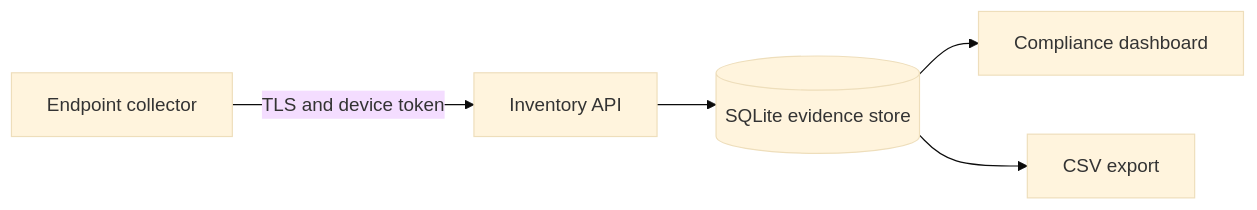
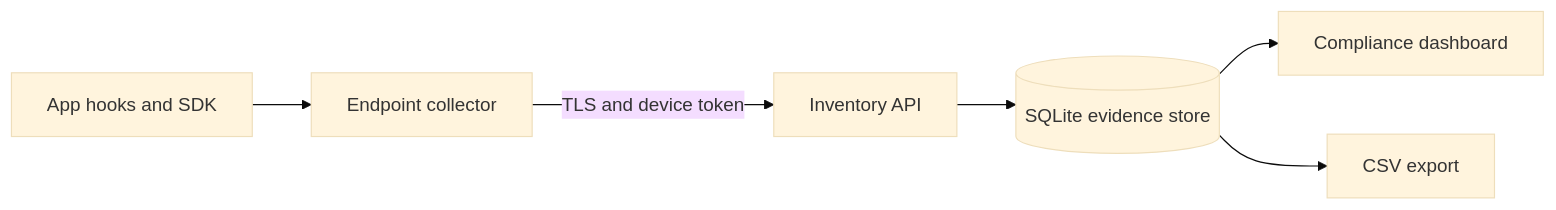
One commit to edgedisco/edgedisco changed the diagram in README.md. Above: the diagram before and after it, drawn with Mermaid (base theme). The commit also changed other lines of this file and 27 other files, not shown here.

````diff
--- a/README.md
+++ b/README.md
@@ -44,7 +48,8 @@
 ```mermaid
 flowchart LR
-  A[Endpoint collector] -->|TLS and device token| B[Inventory API]
+  H[App hooks and SDK] --> A[Endpoint collector]
+  A -->|TLS and device token| B[Inventory API]
   B --> C[(SQLite evidence store)]
   C --> D[Compliance dashboard]
   C --> E[CSV export]
 ```
````
